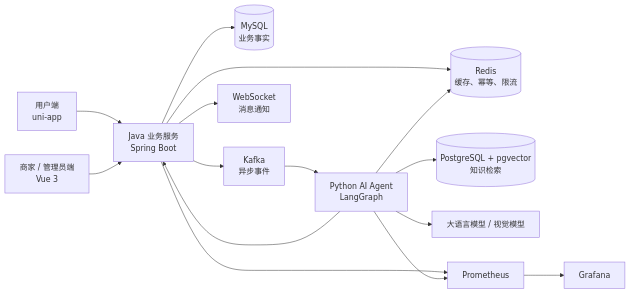
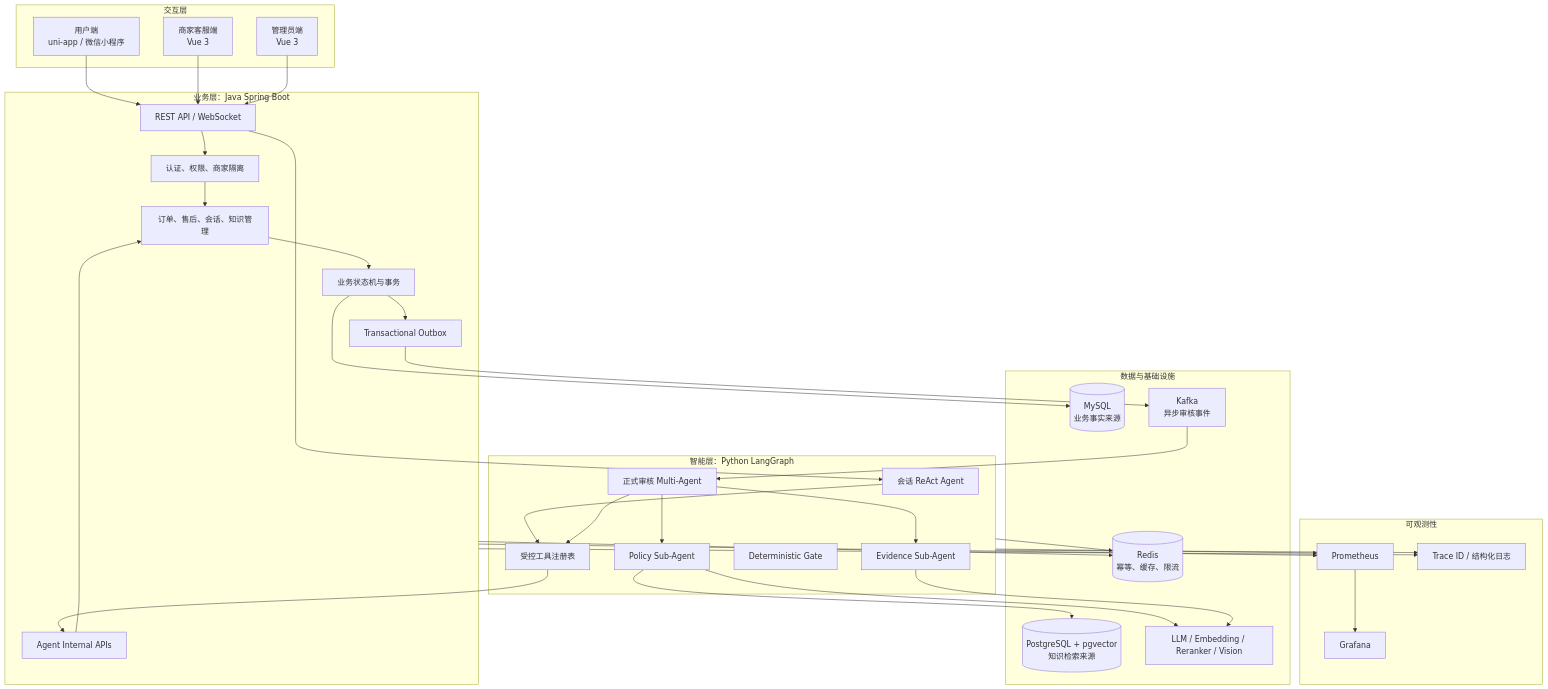
Before and after one commit to zuiaiyenai/ecommerce-after-sales-system: the first of 9 diagrams in README.md, drawn with Mermaid. The commit also changed other lines of this file, not shown here.

Commit message:
docs: document complete agent architecture

````diff
--- a/README.md
+++ b/README.md
@@ -7,20 +7,64 @@
 ```mermaid
-flowchart LR
-    U["用户端<br/>uni-app"] --> J["Java 业务服务<br/>Spring Boot"]
-    M["商家 / 管理员端<br/>Vue 3"] --> J
+flowchart TB
+    subgraph Client["交互层"]
+        U["用户端<br/>uni-app / 微信小程序"]
+        S["商家客服端<br/>Vue 3"]
+        O["管理员端<br/>Vue 3"]
+    end
 
-    J --> DB[("MySQL<br/>业务事实")]
-    J --> R[("Redis<br/>缓存、幂等、限流")]
-    J --> K["Kafka<br/>异步事件"]
-    J --> WS["WebSocket<br/>消息通知"]
+    subgraph Java["业务层：Java Spring Boot"]
+        API["REST API / WebSocket"]
+        AUTH["认证、权限、商家隔离"]
+        BIZ["订单、售后、会话、知识管理"]
+        FSM["业务状态机与事务"]
+        IAPI["Agent Internal APIs"]
+        OUTBOX["Transactional Outbox"]
+    end
 
-    K --> A["Python AI Agent<br/>LangGraph"]
-    A --> J
-    A --> V[("PostgreSQL + pgvector<br/>知识检索")]
-    A --> L["大语言模型 / 视觉模型"]
-    A --> R
+    subgraph Agent["智能层：Python LangGraph"]
+        CHAT["会话 ReAct Agent"]
+        REVIEW["正式审核 Multi-Agent"]
+        POLICY["Policy Sub-Agent"]
+        EVIDENCE["Evidence Sub-Agent"]
+        GATE["Deterministic Gate"]
+        TOOL["受控工具注册表"]
+    end
 
-    P["Prometheus"] --> O["Grafana"]
-    J --> P
-    A --> P
+    subgraph Data["数据与基础设施"]
+        MYSQL[("MySQL<br/>业务事实来源")]
+        PG[("PostgreSQL + pgvector<br/>知识检索来源")]
+        REDIS[("Redis<br/>幂等、缓存、限流")]
+        KAFKA["Kafka<br/>异步审核事件"]
+        MODEL["LLM / Embedding / Reranker / Vision"]
+    end
+
+    subgraph Observe["可观测性"]
+        METRICS["Prometheus"]
+        DASH["Grafana"]
+        TRACE["Trace ID / 结构化日志"]
+    end
+
+    U --> API
+    S --> API
+    O --> API
+    API --> AUTH --> BIZ --> FSM
+    FSM --> MYSQL
+    FSM --> OUTBOX --> KAFKA
+    API --> CHAT
+    KAFKA --> REVIEW
+    REVIEW --> POLICY
+    REVIEW --> EVIDENCE
+    POLICY --> PG
+    POLICY --> MODEL
+    EVIDENCE --> MODEL
+    CHAT --> TOOL
+    REVIEW --> TOOL
+    TOOL --> IAPI --> BIZ
+    Java --> REDIS
+    Agent --> REDIS
+    Java --> METRICS
+    Agent --> METRICS
+    METRICS --> DASH
+    Java --> TRACE
+    Agent --> TRACE
 ```
````
